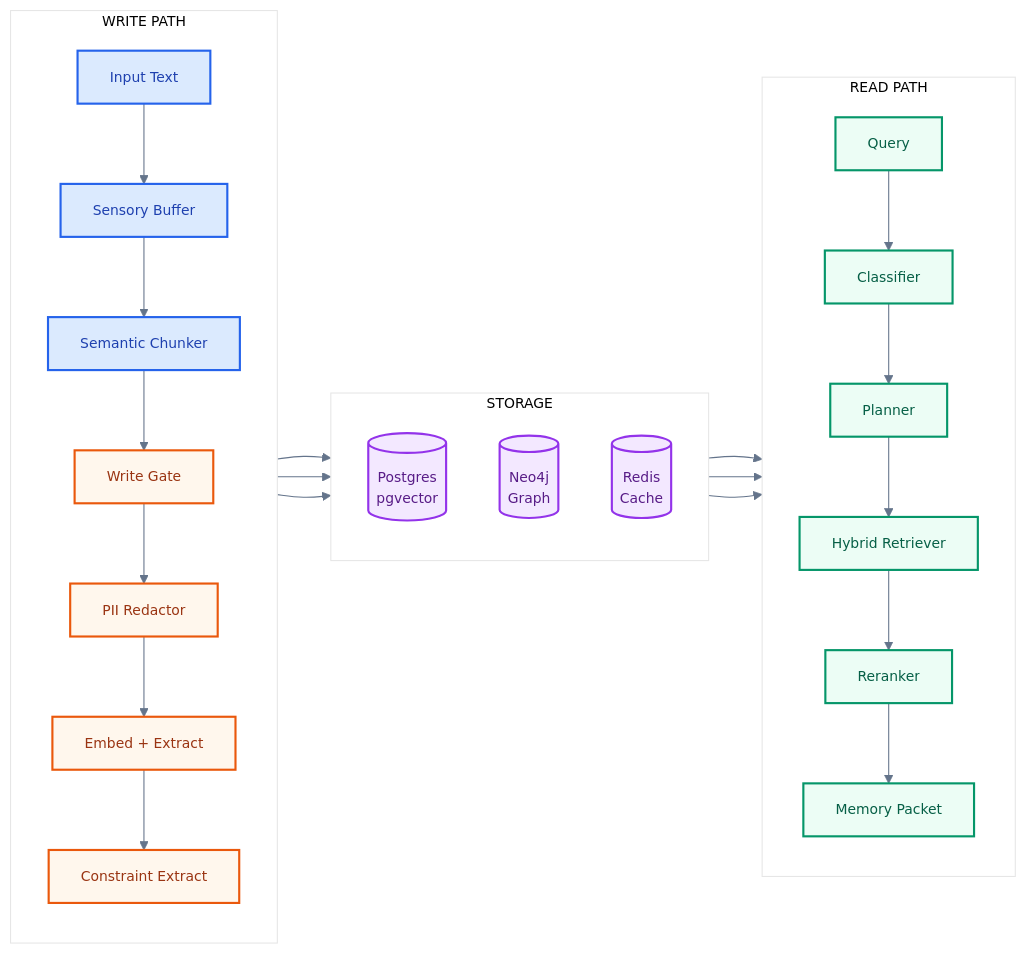
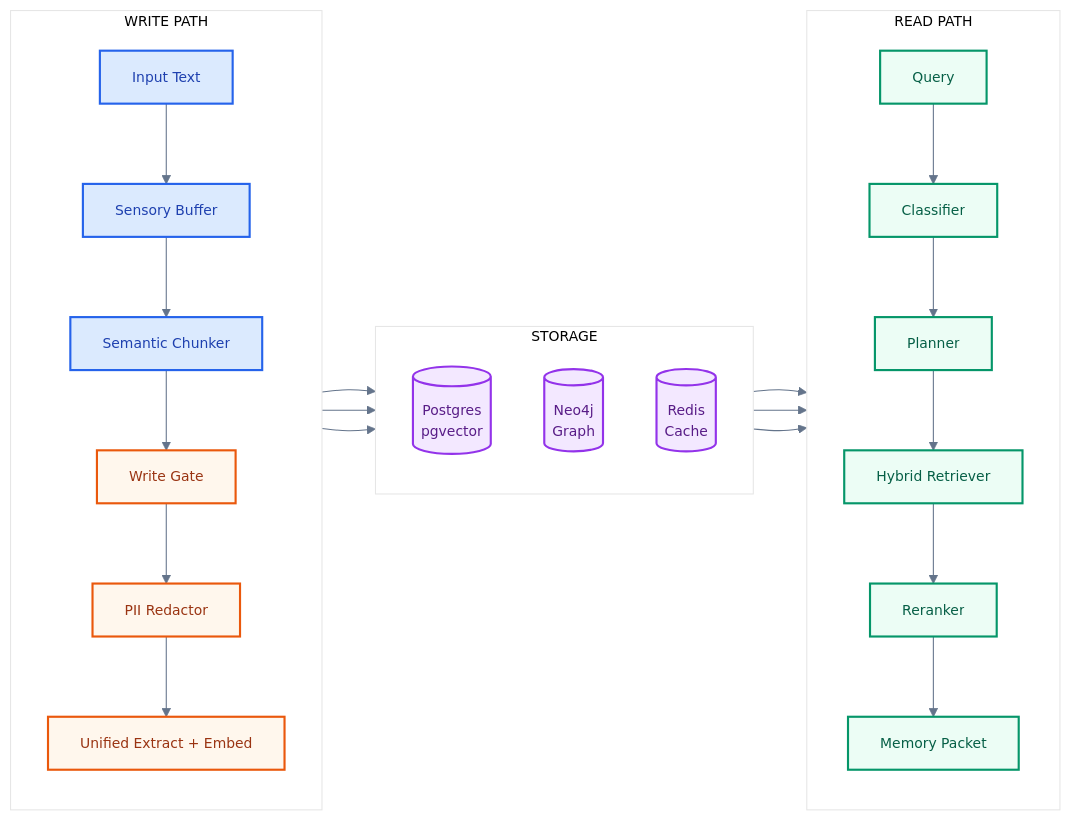
One commit to avinash-mall/CognitiveMemoryLayer changed the second of 13 diagrams in README.md. Above: the diagram before and after it, drawn with Mermaid. The commit also changed other lines of this file and 54 other files, not shown here.

````diff
--- a/README.md
+++ b/README.md
@@ -180,57 +181,56 @@
 ```mermaid
 %%{
   init: {
     'theme': 'base',
     'flowchart': { 'useMaxWidth': true },
     'themeVariables': {
       'primaryColor': '#F8FAFC',
       'primaryTextColor': '#0F172A',
       'primaryBorderColor': '#475569',
       'lineColor': '#64748B',
       'fontSize': '13px'
     }
   }
 }%%
 flowchart LR
     classDef write fill:#dbeafe,stroke:#2563eb,stroke-width:2px,color:#1e40af
     classDef process fill:#fff7ed,stroke:#ea580c,stroke-width:2px,color:#9a3412
     classDef store fill:#f3e8ff,stroke:#9333ea,stroke-width:2px,color:#581c87
     classDef read fill:#ecfdf5,stroke:#059669,stroke-width:2px,color:#065f46
 
     subgraph Write ["WRITE PATH"]
         direction TB
         W1["Input Text"]:::write
         W2["Sensory Buffer"]:::write
         W3["Semantic Chunker"]:::write
         W4["Write Gate"]:::process
         W5["PII Redactor"]:::process
-        W6["Embed + Extract"]:::process
-        W7["Constraint Extract"]:::process
-        W1 --> W2 --> W3 --> W4 --> W5 --> W6 --> W7
+        W6["Unified Extract + Embed"]:::process
+        W1 --> W2 --> W3 --> W4 --> W5 --> W6
     end
 
     subgraph Store ["STORAGE"]
         direction TB
         S1[("Postgres\npgvector")]:::store
         S2[("Neo4j\nGraph")]:::store
         S3[("Redis\nCache")]:::store
     end
 
     subgraph Read ["READ PATH"]
         direction TB
         R1["Query"]:::read
         R2["Classifier"]:::read
         R3["Planner"]:::read
         R4["Hybrid Retriever"]:::read
         R5["Reranker"]:::read
         R6["Memory Packet"]:::read
         R1 --> R2 --> R3 --> R4 --> R5 --> R6
     end
 
-    W7 --> S1
-    W7 --> S2
+    W6 --> S1
+    W6 --> S2
     W6 --> S3
     S1 --> R4
     S2 --> R4
     S3 --> R4
 ```
````
